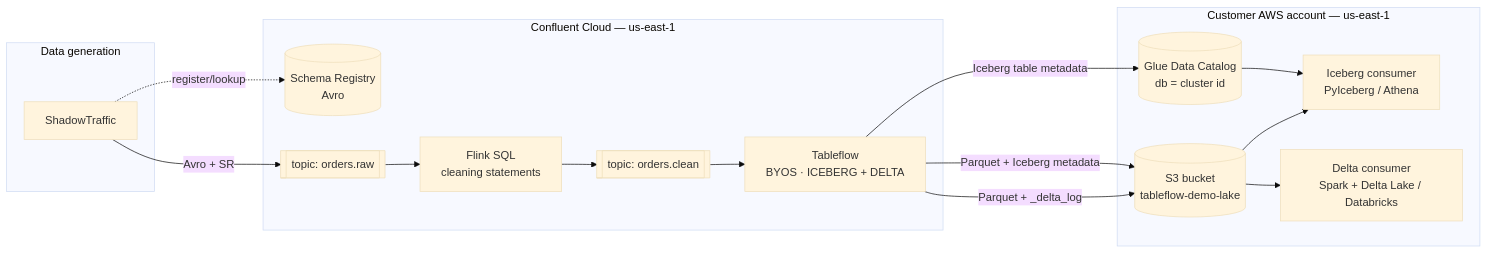
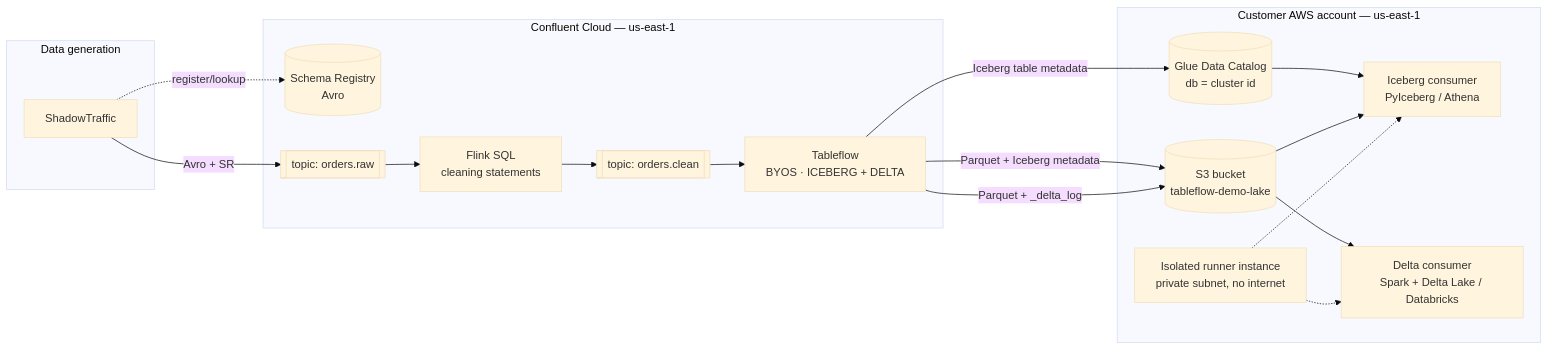
Before and after one commit to gogetjax/tableflow-demo: the first of 2 diagrams in docs/01-architecture.md, drawn with Mermaid (base theme). The commit also changed other lines of this file and 12 other files, not shown here.

````diff
--- a/docs/01-architecture.md
+++ b/docs/01-architecture.md
@@ -9,29 +9,32 @@
 ```mermaid
 flowchart LR
   subgraph gen[Data generation]
     ST[ShadowTraffic]
   end
   subgraph cc[Confluent Cloud — us-east-1]
     SR[(Schema Registry<br/>Avro)]
     RAW[[topic: orders.raw]]
     FL[Flink SQL<br/>cleaning statements]
     CLEAN[[topic: orders.clean]]
     TF[Tableflow<br/>BYOS · ICEBERG + DELTA]
   end
   subgraph aws[Customer AWS account — us-east-1]
     S3[(S3 bucket<br/>tableflow-demo-lake)]
     GLUE[(Glue Data Catalog<br/>db = cluster id)]
     IC[Iceberg consumer<br/>PyIceberg / Athena]
+    RUN[Isolated runner instance<br/>private subnet, no internet]
     DC[Delta consumer<br/>Spark + Delta Lake / Databricks]
   end
   ST -- Avro + SR --> RAW
   ST -. register/lookup .-> SR
   RAW --> FL --> CLEAN
   CLEAN --> TF
   TF -- Parquet + Iceberg metadata --> S3
   TF -- Parquet + _delta_log --> S3
   TF -- Iceberg table metadata --> GLUE
   GLUE --> IC
   S3 --> IC
   S3 --> DC
+  RUN -.-> IC
+  RUN -.-> DC
 ```
````
